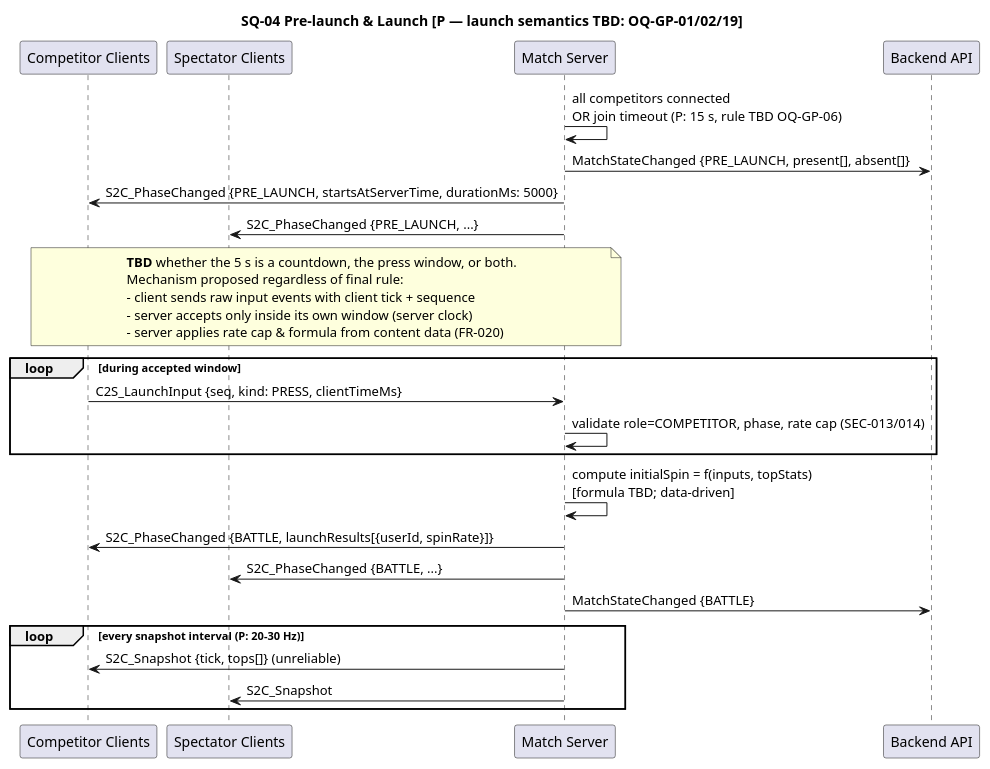
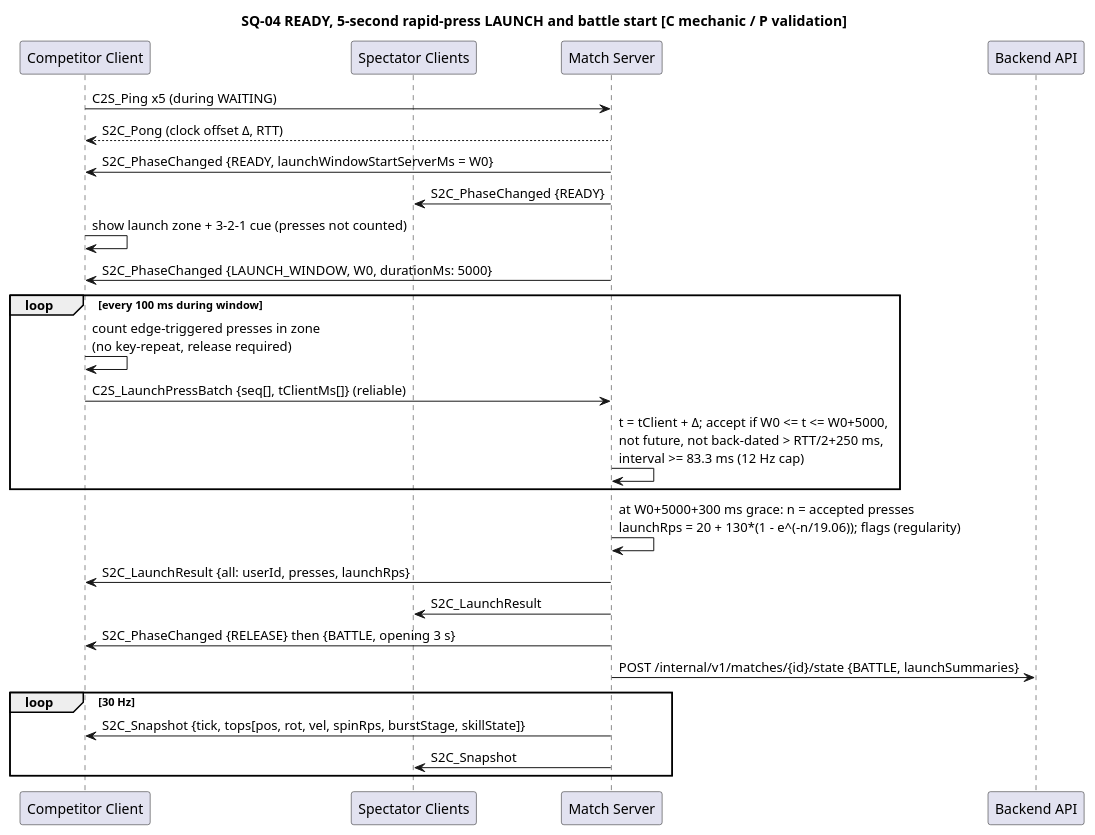
One commit to houcine212-hub/Bayblade_Sesytem changed the diagram in docs/02-uml/sequence/SQ-04-launch-start.puml. Above: the diagram before and after it, drawn with PlantUML. The commit also changed 59 other files, not shown here.

```diff
--- a/docs/02-uml/sequence/SQ-04-launch-start.puml
+++ b/docs/02-uml/sequence/SQ-04-launch-start.puml
@@ -1,30 +1,27 @@
 @startuml SQ-04
-title SQ-04 Pre-launch & Launch [P — launch semantics TBD: OQ-GP-01/02/19]
-participant "Competitor Clients" as C
+title SQ-04 READY, 5-second rapid-press LAUNCH and battle start [C mechanic / P validation]
+participant "Competitor Client" as C
 participant "Spectator Clients" as S
 participant "Match Server" as MS
 participant "Backend API" as B
-MS -> MS : all competitors connected\nOR join timeout (P: 15 s, rule TBD OQ-GP-06)
-MS -> B : MatchStateChanged {PRE_LAUNCH, present[], absent[]}
-MS -> C : S2C_PhaseChanged {PRE_LAUNCH, startsAtServerTime, durationMs: 5000}
-MS -> S : S2C_PhaseChanged {PRE_LAUNCH, ...}
-note over C,MS
-  **TBD** whether the 5 s is a countdown, the press window, or both.
-  Mechanism proposed regardless of final rule:
-  - client sends raw input events with client tick + sequence
-  - server accepts only inside its own window (server clock)
-  - server applies rate cap & formula from content data (FR-020)
-end note
-loop during accepted window
-  C -> MS : C2S_LaunchInput {seq, kind: PRESS, clientTimeMs}
-  MS -> MS : validate role=COMPETITOR, phase, rate cap (SEC-013/014)
+C -> MS : C2S_Ping x5 (during WAITING) 
+MS --> C : S2C_Pong (clock offset Δ, RTT)
+MS -> C : S2C_PhaseChanged {READY, launchWindowStartServerMs = W0}
+MS -> S : S2C_PhaseChanged {READY}
+C -> C : show launch zone + 3-2-1 cue (presses not counted)
+MS -> C : S2C_PhaseChanged {LAUNCH_WINDOW, W0, durationMs: 5000}
+loop every 100 ms during window
+  C -> C : count edge-triggered presses in zone\n(no key-repeat, release required)
+  C -> MS : C2S_LaunchPressBatch {seq[], tClientMs[]} (reliable)
+  MS -> MS : t = tClient + Δ; accept if W0 <= t <= W0+5000,\nnot future, not back-dated > RTT/2+250 ms,\ninterval >= 83.3 ms (12 Hz cap)
 end
-MS -> MS : compute initialSpin = f(inputs, topStats)\n[formula TBD; data-driven]
-MS -> C : S2C_PhaseChanged {BATTLE, launchResults[{userId, spinRate}]}
-MS -> S : S2C_PhaseChanged {BATTLE, ...}
-MS -> B : MatchStateChanged {BATTLE}
-loop every snapshot interval (P: 20–30 Hz)
-  MS -> C : S2C_Snapshot {tick, tops[]} (unreliable)
+MS -> MS : at W0+5000+300 ms grace: n = accepted presses\nlaunchRps = 20 + 130*(1 - e^(-n/19.06)); flags (regularity)
+MS -> C : S2C_LaunchResult {all: userId, presses, launchRps}
+MS -> S : S2C_LaunchResult
+MS -> C : S2C_PhaseChanged {RELEASE} then {BATTLE, opening 3 s}
+MS -> B : POST /internal/v1/matches/{id}/state {BATTLE, launchSummaries}
+loop 30 Hz
+  MS -> C : S2C_Snapshot {tick, tops[pos, rot, vel, spinRps, burstStage, skillState]}
   MS -> S : S2C_Snapshot
 end
 @enduml
```
